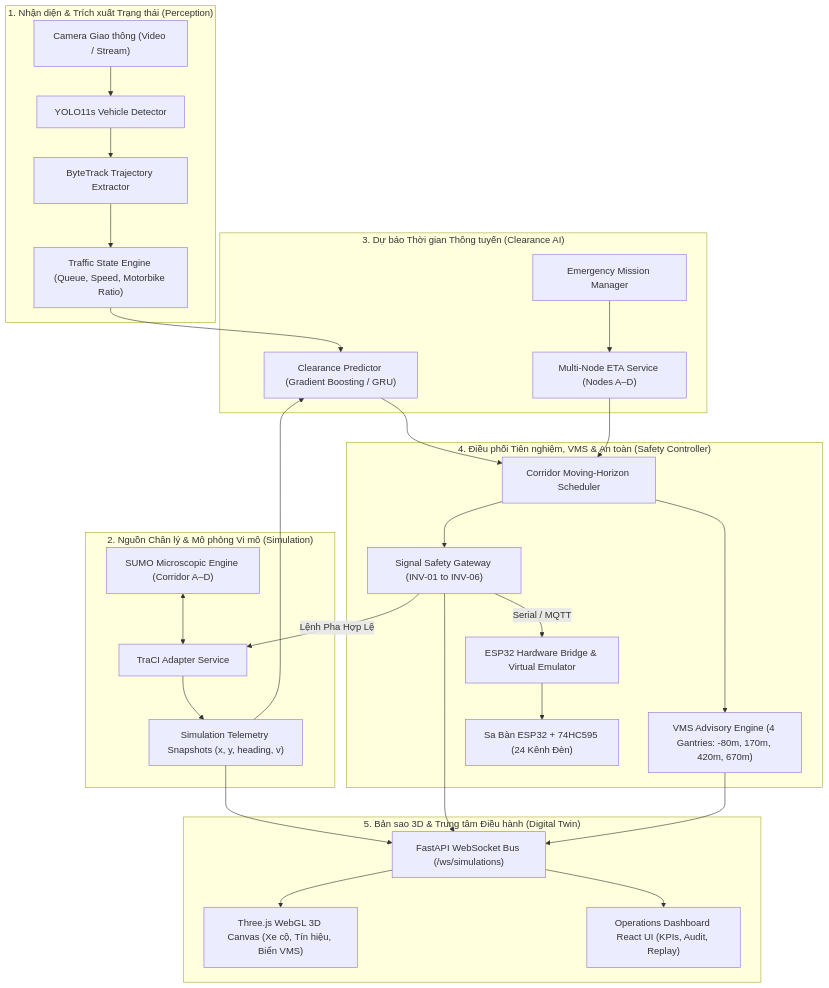
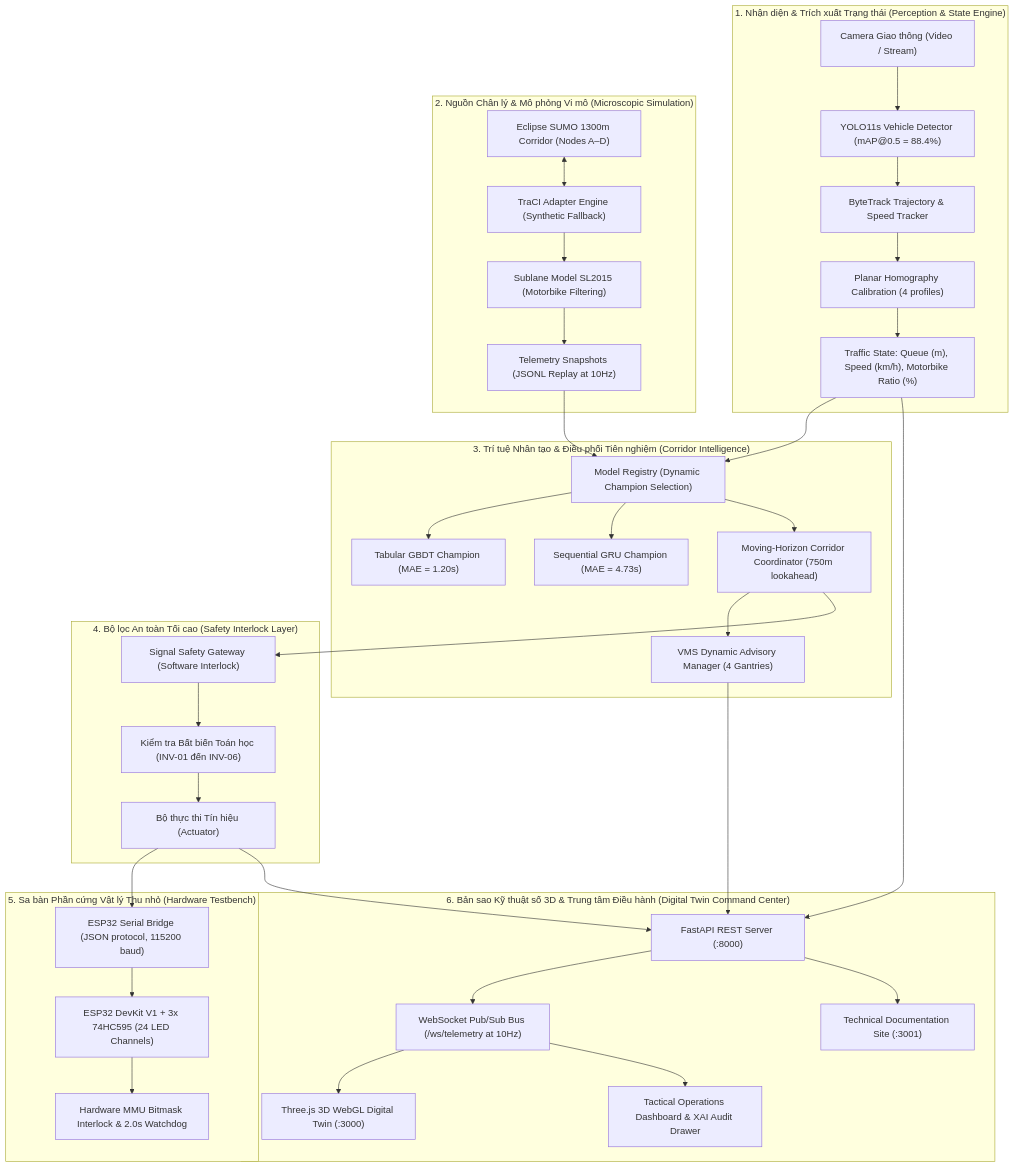
One commit to NguyenTriBaoThang/ClearWayAI changed the diagram in README.md. Above: the diagram before and after it, drawn with Mermaid. The commit also changed other lines of this file and 16 other files, not shown here.

````diff
--- a/README.md
+++ b/README.md
@@ -62,33 +171,43 @@
 ```mermaid
 flowchart TD
-    subgraph SENSING["1. Nhận diện & Trích xuất Trạng thái (Perception)"]
-        CAM["Camera Giao thông (Video / Stream)"] --> YOLO["YOLO11s Vehicle Detector"]
-        YOLO --> TRACK["ByteTrack Trajectory Extractor"]
-        TRACK --> TRAFFIC_STATE["Traffic State Engine (Queue, Speed, Motorbike Ratio)"]
+    subgraph SENSING["1. Nhận diện & Trích xuất Trạng thái (Perception & State Engine)"]
+        CAM["Camera Giao thông (Video / Stream)"] --> YOLO["YOLO11s Vehicle Detector (mAP@0.5 = 88.4%)"]
+        YOLO --> TRACK["ByteTrack Trajectory & Speed Tracker"]
+        TRACK --> CALIB["Planar Homography Calibration (4 profiles)"]
+        CALIB --> STATE["Traffic State: Queue (m), Speed (km/h), Motorbike Ratio (%)"]
     end
 
-    subgraph SIMULATION["2. Nguồn Chân lý & Mô phỏng Vi mô (Simulation)"]
-        SUMO["SUMO Microscopic Engine (Corridor A–D)"] <--> TRACI["TraCI Adapter Service"]
-        TRACI --> SNAPSHOTS["Simulation Telemetry Snapshots (x, y, heading, v)"]
+    subgraph SIMULATION["2. Nguồn Chân lý & Mô phỏng Vi mô (Microscopic Simulation)"]
+        SUMO["Eclipse SUMO 1300m Corridor (Nodes A–D)"] <--> TRACI["TraCI Adapter Engine (Synthetic Fallback)"]
+        TRACI --> SUBLANE["Sublane Model SL2015 (Motorbike Filtering)"]
+        SUBLANE --> SNAPSHOTS["Telemetry Snapshots (JSONL Replay at 10Hz)"]
     end
 
-    subgraph AI_PREDICTION["3. Dự báo Thời gian Thông tuyến (Clearance AI)"]
-        TRAFFIC_STATE & SNAPSHOTS --> CLEAR_MODEL["Clearance Predictor (Gradient Boosting / GRU)"]
-        MISSION_MGR["Emergency Mission Manager"] --> ETA_CALC["Multi-Node ETA Service (Nodes A–D)"]
+    subgraph INTELLIGENCE["3. Trí tuệ Nhân tạo & Điều phối Tiên nghiệm (Corridor Intelligence)"]
+        STATE & SNAPSHOTS --> REGISTRY["Model Registry (Dynamic Champion Selection)"]
+        REGISTRY --> GBDT["Tabular GBDT Champion (MAE = 1.20s)"]
+        REGISTRY --> GRU["Sequential GRU Champion (MAE = 4.73s)"]
+        REGISTRY --> SCHED["Moving-Horizon Corridor Coordinator (750m lookahead)"]
+        SCHED --> VMS_MGR["VMS Dynamic Advisory Manager (4 Gantries)"]
     end
 
-    subgraph COORDINATION["4. Điều phối Tiên nghiệm, VMS & An toàn (Safety Controller)"]
-        CLEAR_MODEL & ETA_CALC --> SCHEDULER["Corridor Moving-Horizon Scheduler"]
-        SCHEDULER --> GATEWAY["Signal Safety Gateway (INV-01 to INV-06)"]
-        SCHEDULER --> VMS_MGR["VMS Advisory Engine (4 Gantries: -80m, 170m, 420m, 670m)"]
-        GATEWAY -->|Lệnh Pha Hợp Lệ| TRACI
-        GATEWAY -->|Serial / MQTT| HW_BRIDGE["ESP32 Hardware Bridge & Virtual Emulator"]
-        HW_BRIDGE --> PHYSICAL_LEDS["Sa Bàn ESP32 + 74HC595 (24 Kênh Đèn)"]
+    subgraph SAFETY["4. Bộ lọc An toàn Tối cao (Safety Interlock Layer)"]
+        SCHED --> GATEWAY["Signal Safety Gateway (Software Interlock)"]
+        GATEWAY --> INV["Kiểm tra Bất biến Toán học (INV-01 đến INV-06)"]
+        INV --> ACTUATE["Bộ thực thi Tín hiệu (Actuator)"]
     end
 
-    subgraph DIGITAL_TWIN["5. Bản sao 3D & Trung tâm Điều hành (Digital Twin)"]
-        SNAPSHOTS & GATEWAY & VMS_MGR --> WS_BUS["FastAPI WebSocket Bus (/ws/simulations)"]
-        WS_BUS --> THREE_JS["Three.js WebGL 3D Canvas (Xe cộ, Tín hiệu, Biển VMS)"]
-        WS_BUS --> DASHBOARD["Operations Dashboard React UI (KPIs, Audit, Replay)"]
+    subgraph HARDWARE["5. Sa bàn Phần cứng Vật lý Thu nhỏ (Hardware Testbench)"]
+        ACTUATE --> ESP_BRIDGE["ESP32 Serial Bridge (JSON protocol, 115200 baud)"]
+        ESP_BRIDGE --> ESP_DEV["ESP32 DevKit V1 + 3x 74HC595 (24 LED Channels)"]
+        ESP_DEV --> HW_MMU["Hardware MMU Bitmask Interlock & 2.0s Watchdog"]
+    end
+
+    subgraph UI["6. Bản sao Kỹ thuật số 3D & Trung tâm Điều hành (Digital Twin Command Center)"]
+        ACTUATE & VMS_MGR & STATE --> API["FastAPI REST Server (:8000)"]
+        API --> WS["WebSocket Pub/Sub Bus (/ws/telemetry at 10Hz)"]
+        WS --> WEBGL["Three.js 3D WebGL Digital Twin (:3000)"]
+        WS --> DASH["Tactical Operations Dashboard & XAI Audit Drawer"]
+        API --> DOCS["Technical Documentation Site (:3001)"]
     end
 ```
````
